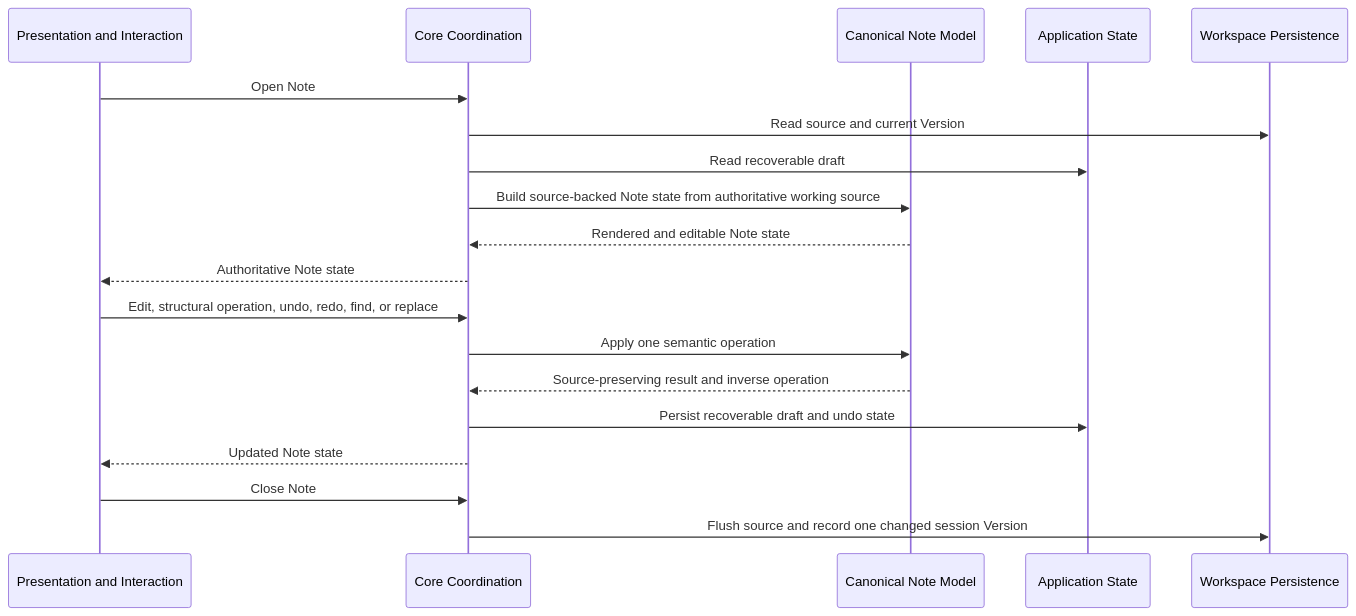
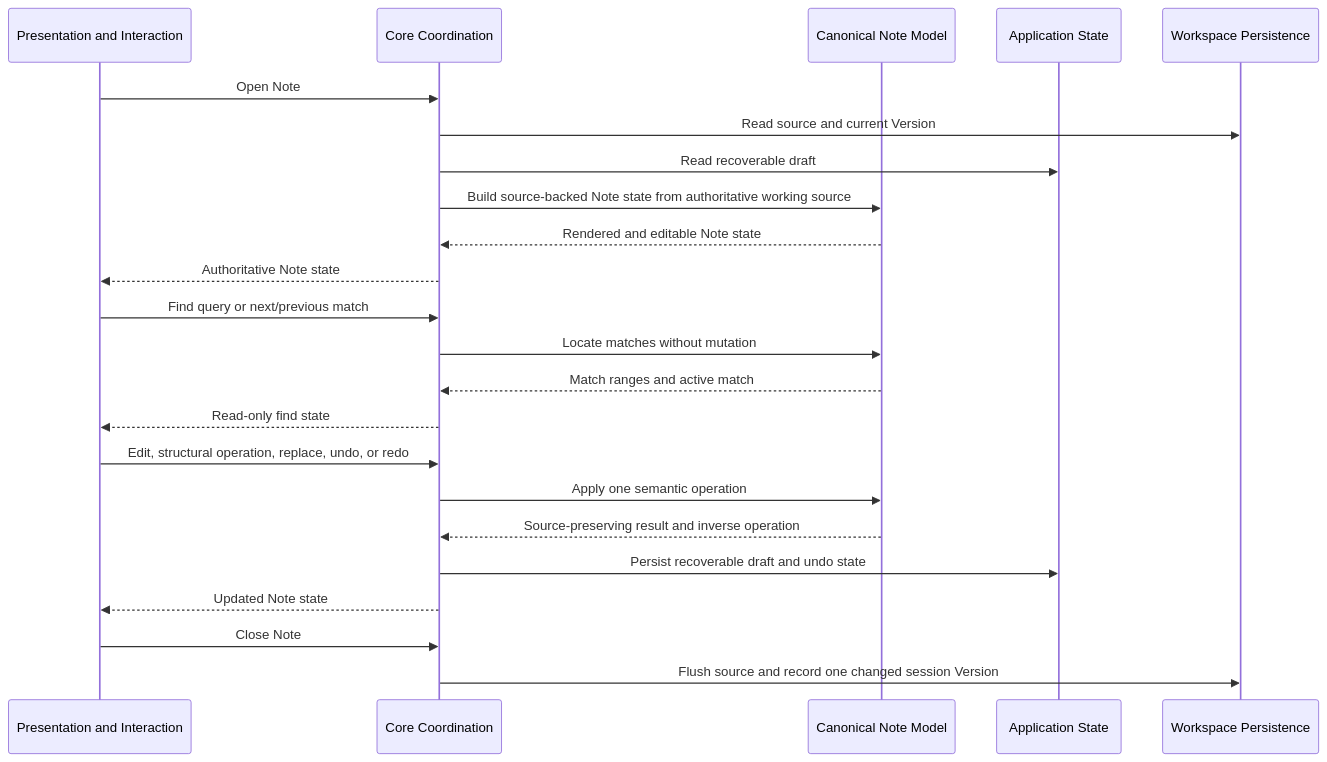
The diagram in .constitution/architecture/flows/flow-edit-note.md (SkrOYC/burlmd), drawn with Mermaid before and after one commit. The commit also changed other lines of this file and 23 other files, not shown here.

````diff
--- a/.constitution/architecture/flows/flow-edit-note.md
+++ b/.constitution/architecture/flows/flow-edit-note.md
@@ -7,22 +7,26 @@
 ```mermaid
 sequenceDiagram
     participant UI as Presentation and Interaction
     participant Core as Core Coordination
     participant Model as Canonical Note Model
     participant State as Application State
     participant Workspace as Workspace Persistence
 
     UI->>Core: Open Note
     Core->>Workspace: Read source and current Version
     Core->>State: Read recoverable draft
     Core->>Model: Build source-backed Note state from authoritative working source
     Model-->>Core: Rendered and editable Note state
     Core-->>UI: Authoritative Note state
-    UI->>Core: Edit, structural operation, undo, redo, find, or replace
+    UI->>Core: Find query or next/previous match
+    Core->>Model: Locate matches without mutation
+    Model-->>Core: Match ranges and active match
+    Core-->>UI: Read-only find state
+    UI->>Core: Edit, structural operation, replace, undo, or redo
     Core->>Model: Apply one semantic operation
     Model-->>Core: Source-preserving result and inverse operation
     Core->>State: Persist recoverable draft and undo state
     Core-->>UI: Updated Note state
     UI->>Core: Close Note
     Core->>Workspace: Flush source and record one changed session Version
 ```
````
